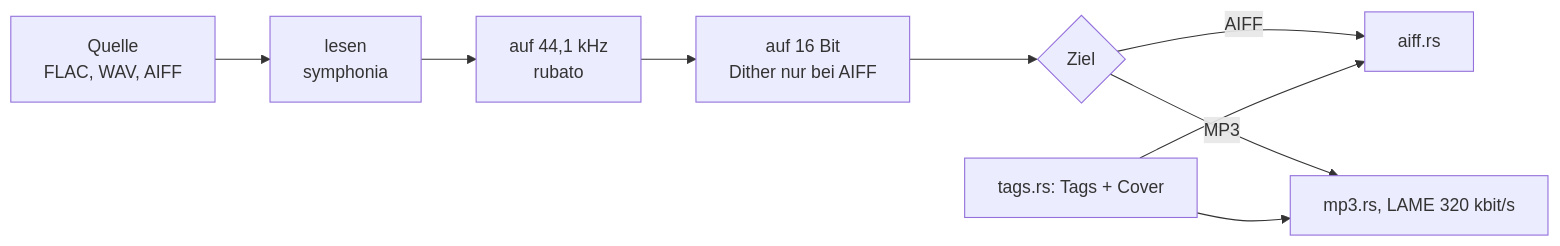
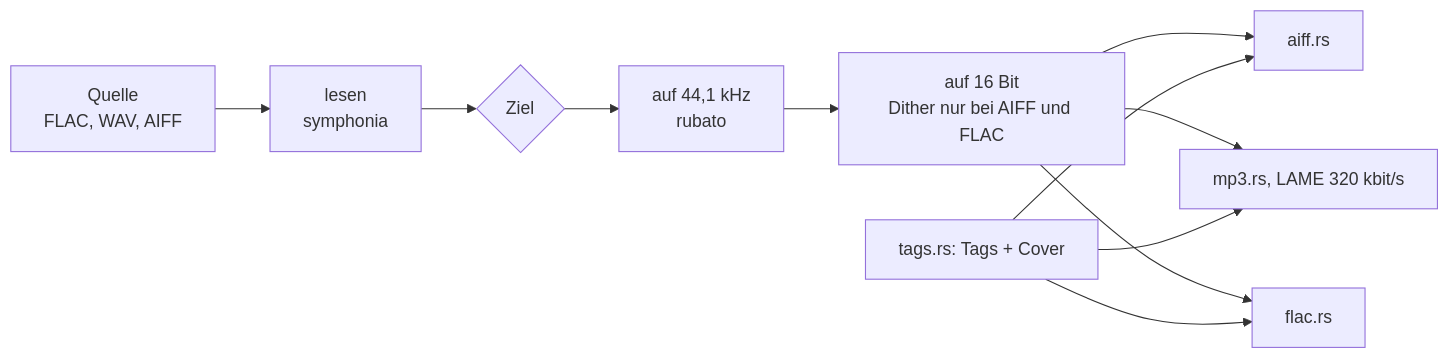
One commit to Senci/audio-konverter changed the third of 3 diagrams in wiki/funktionen.md. Above: the diagram before and after it, drawn with Mermaid. The commit also changed other lines of this file and 24 other files, not shown here.

````diff
--- a/wiki/funktionen.md
+++ b/wiki/funktionen.md
@@ -38,8 +39,11 @@
 ```mermaid
 flowchart LR
-    Q["Quelle<br/>FLAC, WAV, AIFF"] --> L["lesen<br/>symphonia"] --> R["auf 44,1 kHz<br/>rubato"] --> D["auf 16 Bit<br/>Dither nur bei AIFF"] --> Z{"Ziel"}
-    Z -->|AIFF| A["aiff.rs"]
-    Z -->|MP3| M["mp3.rs, LAME 320 kbit/s"]
+    Q["Quelle<br/>FLAC, WAV, AIFF"] --> L["lesen<br/>symphonia"] --> Z{"Ziel"}
+    Z --> R["auf 44,1 kHz<br/>rubato"] --> D["auf 16 Bit<br/>Dither nur bei AIFF und FLAC"]
+    D --> A["aiff.rs"]
+    D --> M["mp3.rs, LAME 320 kbit/s"]
+    D --> F["flac.rs"]
     T["tags.rs: Tags + Cover"] --> A
     T --> M
+    T --> F
 ```
````
